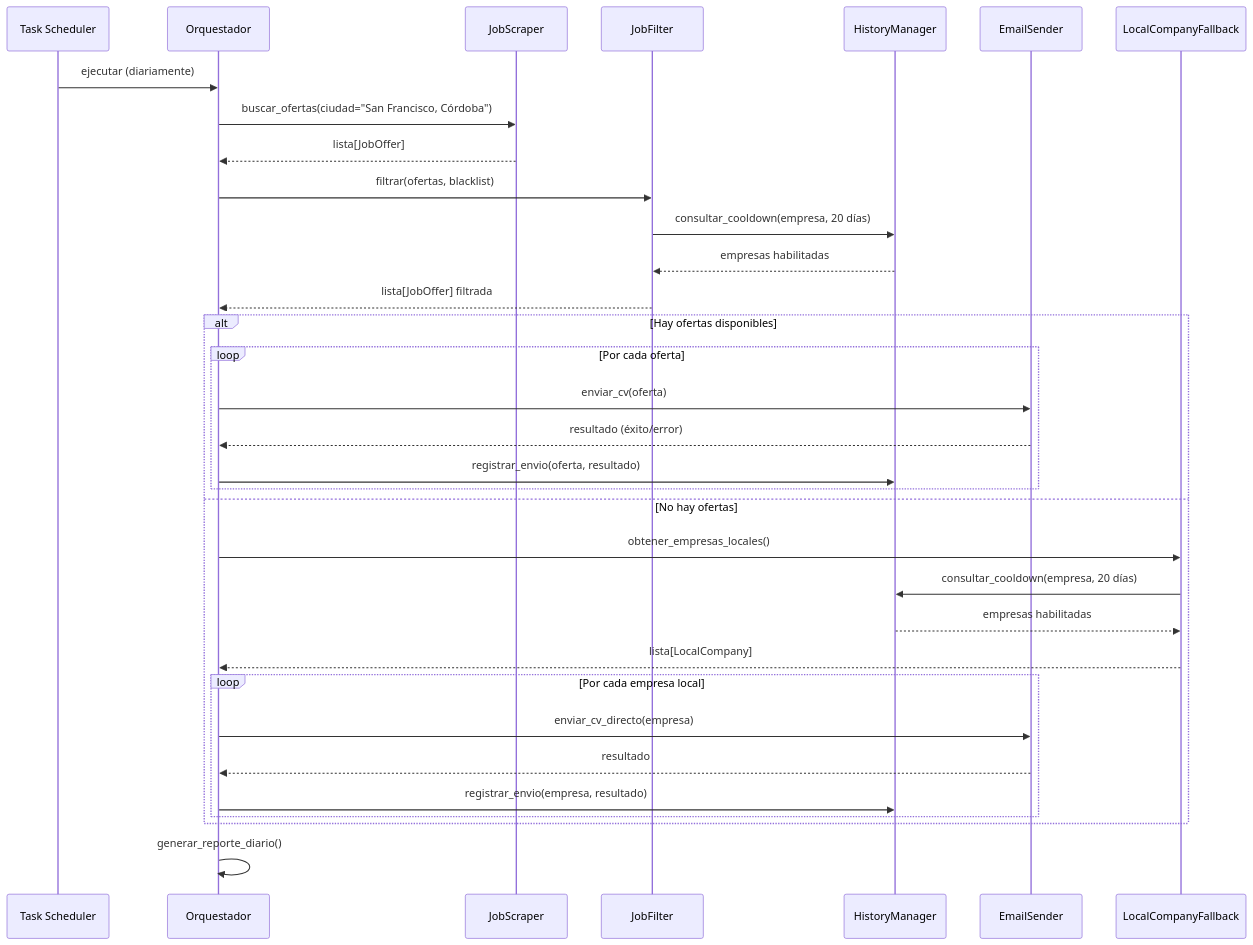
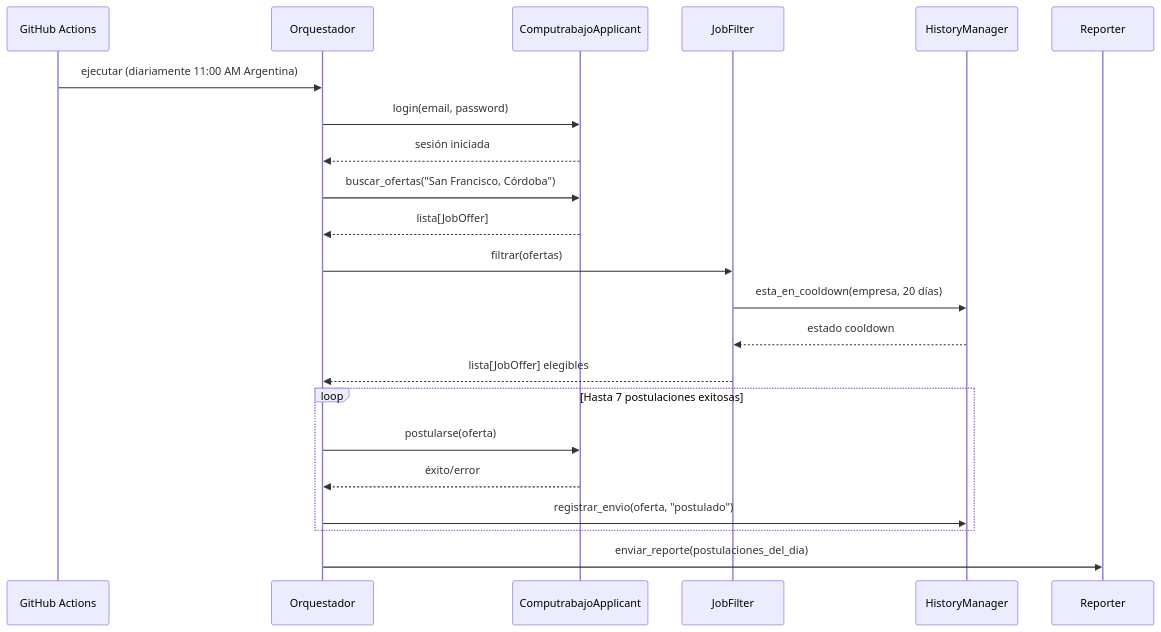
The second of 2 diagrams in .kiro/specs/job-search-automation/design.md (Pablo-Carabajal/job-search-automation), drawn with Mermaid before and after one commit. The commit also changed other lines of this file and 13 other files, not shown here.

````diff
--- a/.kiro/specs/job-search-automation/design.md
+++ b/.kiro/specs/job-search-automation/design.md
@@ -53,39 +37,29 @@
 ```mermaid
 sequenceDiagram
-    participant TS as Task Scheduler
+    participant GA as GitHub Actions
     participant MAIN as Orquestador
-    participant SCRAPER as JobScraper
+    participant APP as ComputrabajoApplicant
     participant FILTER as JobFilter
     participant HISTORY as HistoryManager
-    participant SENDER as EmailSender
-    participant FALLBACK as LocalCompanyFallback
+    participant REPORTER as Reporter
 
-    TS->>MAIN: ejecutar (diariamente)
-    MAIN->>SCRAPER: buscar_ofertas(ciudad="San Francisco, Córdoba")
-    SCRAPER-->>MAIN: lista[JobOffer]
+    GA->>MAIN: ejecutar (diariamente 11:00 AM Argentina)
+    MAIN->>APP: login(email, password)
+    APP-->>MAIN: sesión iniciada
 
-    MAIN->>FILTER: filtrar(ofertas, blacklist)
-    FILTER->>HISTORY: consultar_cooldown(empresa, 20 días)
-    HISTORY-->>FILTER: empresas habilitadas
-    FILTER-->>MAIN: lista[JobOffer] filtrada
+    MAIN->>APP: buscar_ofertas("San Francisco, Córdoba")
+    APP-->>MAIN: lista[JobOffer]
 
-    alt Hay ofertas disponibles
-        loop Por cada oferta
-            MAIN->>SENDER: enviar_cv(oferta)
-            SENDER-->>MAIN: resultado (éxito/error)
-            MAIN->>HISTORY: registrar_envio(oferta, resultado)
-        end
-    else No hay ofertas
-        MAIN->>FALLBACK: obtener_empresas_locales()
-        FALLBACK->>HISTORY: consultar_cooldown(empresa, 20 días)
-        HISTORY-->>FALLBACK: empresas habilitadas
-        FALLBACK-->>MAIN: lista[LocalCompany]
-        loop Por cada empresa local
-            MAIN->>SENDER: enviar_cv_directo(empresa)
-            SENDER-->>MAIN: resultado
-            MAIN->>HISTORY: registrar_envio(empresa, resultado)
-        end
+    MAIN->>FILTER: filtrar(ofertas)
+    FILTER->>HISTORY: esta_en_cooldown(empresa, 20 días)
+    HISTORY-->>FILTER: estado cooldown
+    FILTER-->>MAIN: lista[JobOffer] elegibles
+
+    loop Hasta 7 postulaciones exitosas
+        MAIN->>APP: postularse(oferta)
+        APP-->>MAIN: éxito/error
+        MAIN->>HISTORY: registrar_envio(oferta, "postulado")
     end
 
-    MAIN->>MAIN: generar_reporte_diario()
+    MAIN->>REPORTER: enviar_reporte(postulaciones_del_dia)
 ```
````
